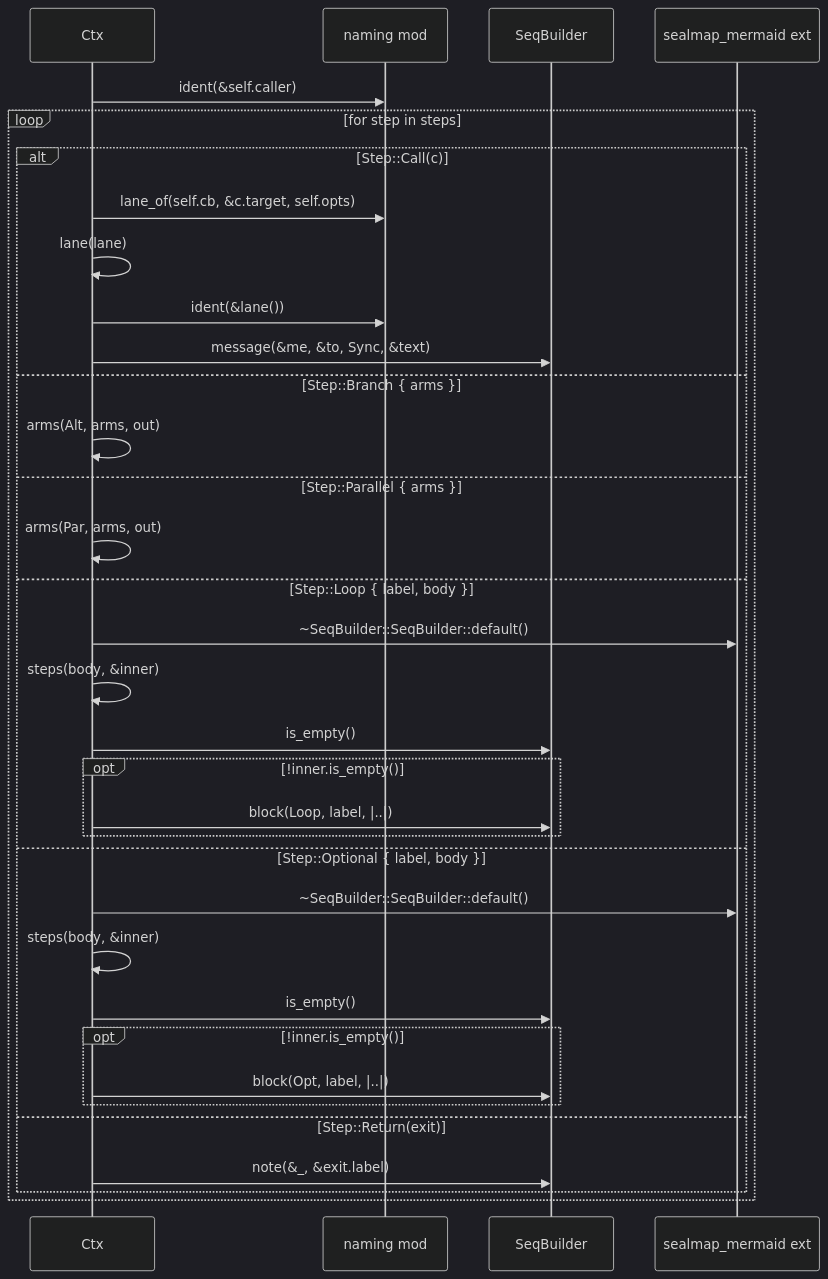
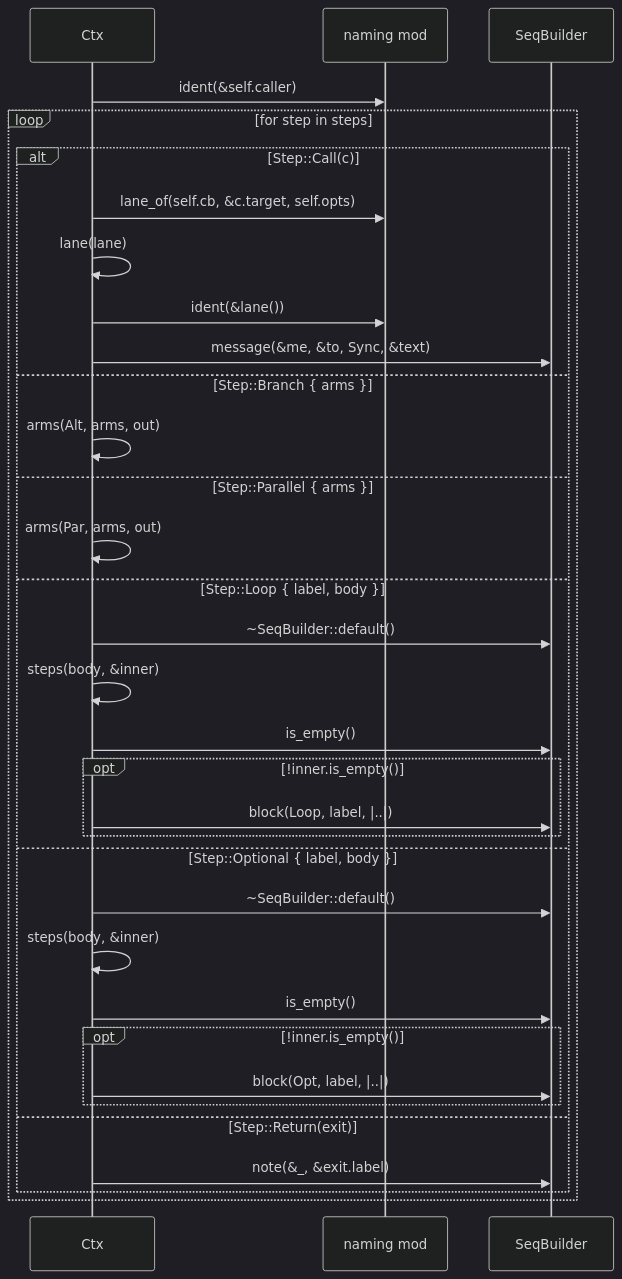
Before and after one commit to DreamLab-AI/codemaid: the third of 4 diagrams in docs/sealmap/crates/sealmap-corpus/src/sequence.rs.md, drawn with Mermaid (dark theme). The commit also changed other lines of this file and 29 other files, not shown here.

````diff
--- a/docs/sealmap/crates/sealmap-corpus/src/sequence.rs.md
+++ b/docs/sealmap/crates/sealmap-corpus/src/sequence.rs.md
@@ -117,36 +117,35 @@
 ```mermaid
 sequenceDiagram
   participant sealmap_corpus__sequence___tCtx as Ctx
   participant sealmap_corpus__naming as naming mod
   participant sealmap_mermaid__sequence___tSeqBuilder as SeqBuilder
-  participant _sealmap_mermaid as sealmap_mermaid ext
   sealmap_corpus__sequence___tCtx->>sealmap_corpus__naming: ident(&self.caller)
   loop for step in steps
     alt Step::Call(c)
       sealmap_corpus__sequence___tCtx->>sealmap_corpus__naming: lane_of(self.cb, &c.target, self.opts)
       sealmap_corpus__sequence___tCtx->>sealmap_corpus__sequence___tCtx: lane(lane)
       sealmap_corpus__sequence___tCtx->>sealmap_corpus__naming: ident(&lane())
       sealmap_corpus__sequence___tCtx->>sealmap_mermaid__sequence___tSeqBuilder: message(&me, &to, Sync, &text)
     else Step::Branch { arms }
       sealmap_corpus__sequence___tCtx->>sealmap_corpus__sequence___tCtx: arms(Alt, arms, out)
     else Step::Parallel { arms }
       sealmap_corpus__sequence___tCtx->>sealmap_corpus__sequence___tCtx: arms(Par, arms, out)
     else Step::Loop { label, body }
-      sealmap_corpus__sequence___tCtx->>_sealmap_mermaid: ~SeqBuilder::SeqBuilder::default()
+      sealmap_corpus__sequence___tCtx->>sealmap_mermaid__sequence___tSeqBuilder: ~SeqBuilder::default()
       sealmap_corpus__sequence___tCtx->>sealmap_corpus__sequence___tCtx: steps(body, &inner)
       sealmap_corpus__sequence___tCtx->>sealmap_mermaid__sequence___tSeqBuilder: is_empty()
       opt !inner.is_empty()
         sealmap_corpus__sequence___tCtx->>sealmap_mermaid__sequence___tSeqBuilder: block(Loop, label, |..|)
       end
     else Step::Optional { label, body }
-      sealmap_corpus__sequence___tCtx->>_sealmap_mermaid: ~SeqBuilder::SeqBuilder::default()
+      sealmap_corpus__sequence___tCtx->>sealmap_mermaid__sequence___tSeqBuilder: ~SeqBuilder::default()
       sealmap_corpus__sequence___tCtx->>sealmap_corpus__sequence___tCtx: steps(body, &inner)
       sealmap_corpus__sequence___tCtx->>sealmap_mermaid__sequence___tSeqBuilder: is_empty()
       opt !inner.is_empty()
         sealmap_corpus__sequence___tCtx->>sealmap_mermaid__sequence___tSeqBuilder: block(Opt, label, |..|)
       end
     else Step::Return(exit)
       sealmap_corpus__sequence___tCtx->>sealmap_mermaid__sequence___tSeqBuilder: note(&_, &exit.label)
     end
   end
 ```
````
